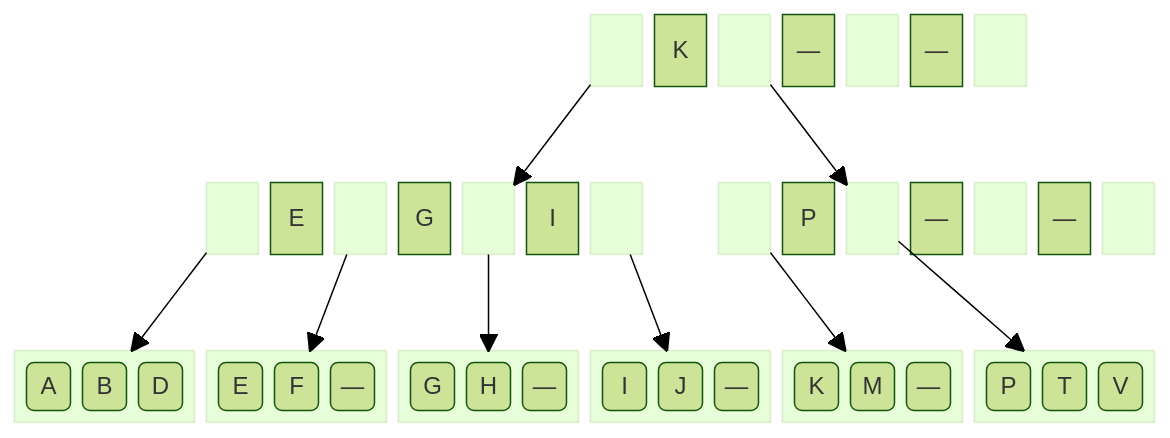
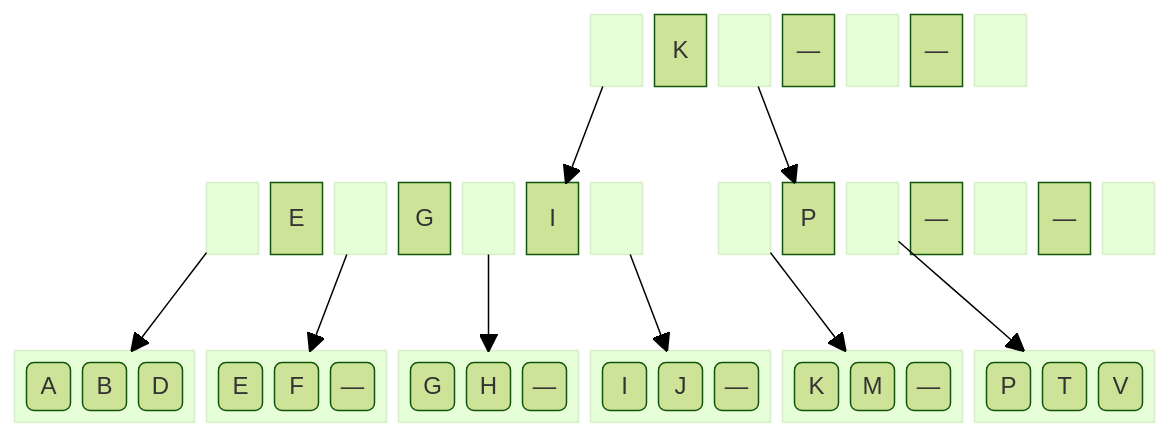
Before and after one commit to BenhurUFSM/pod26b: the seventh of 8 diagrams in Assuntos/busca-ext.md, drawn with Mermaid (forest theme). The commit also changed other lines of this file, not shown here.

````diff
--- a/Assuntos/busca-ext.md
+++ b/Assuntos/busca-ext.md
@@ -100,30 +103,30 @@
 ```mermaid
 block
   columns 18
   space:9
   block:rl1 space end ra["K"] block:rl2 space end rb["—"] block:rl3 space end rc["—"] block:rl4 space end
   space:2
   space:18
 
   space:3
   block:i1l1 space end i1a["E"] block:i1l2 space end i1b["G"] block:i1l3 space end i1c["I"] block:i1l4 space end
   space
   block:i2l1 space end i2a["P"] block:i2l2 space end i2b["—"] block:i2l3 space end i2c["—"] block:i2l4 space end
   space:18
 
   block:f1:3 f1a("A") f1b("B") f1c("D") end
   block:f5:3 f5a("E") f5b("F") f5c("—") end
   block:f3:3 f3a("G") f3b("H") f3c("—") end
   block:f6:3 f6a("I") f6b("J") f6c("—") end
   block:f4:3 f4a("K") f4b("M") f4c("—") end
   block:f2:3 f2a("P") f2b("T") f2c("V") end
 
-  rl1-->i1l3
-  rl2-->i2l2
+  rl1-->i1c
+  rl2-->i2a
   i1l1-->f1
   i1l2-->f5
   i1l3-->f3
   i1l4-->f6
   i2l1-->f4
   i2l2-->f2
 ```
````
